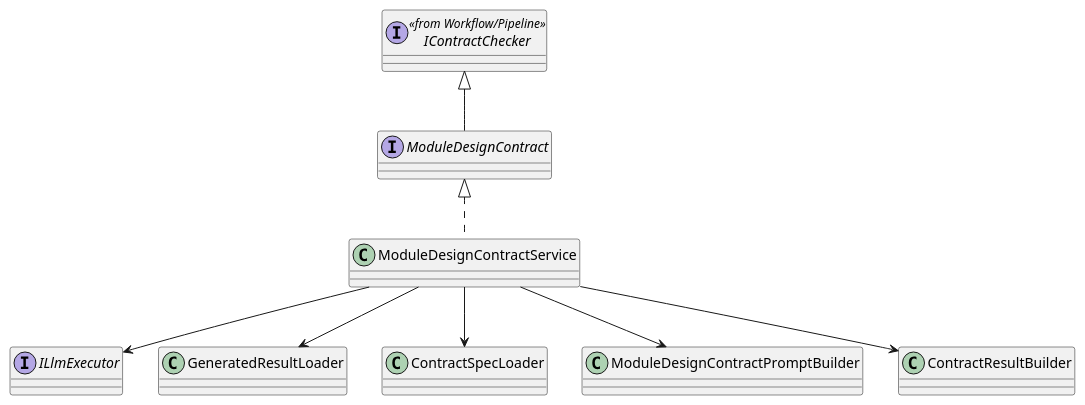
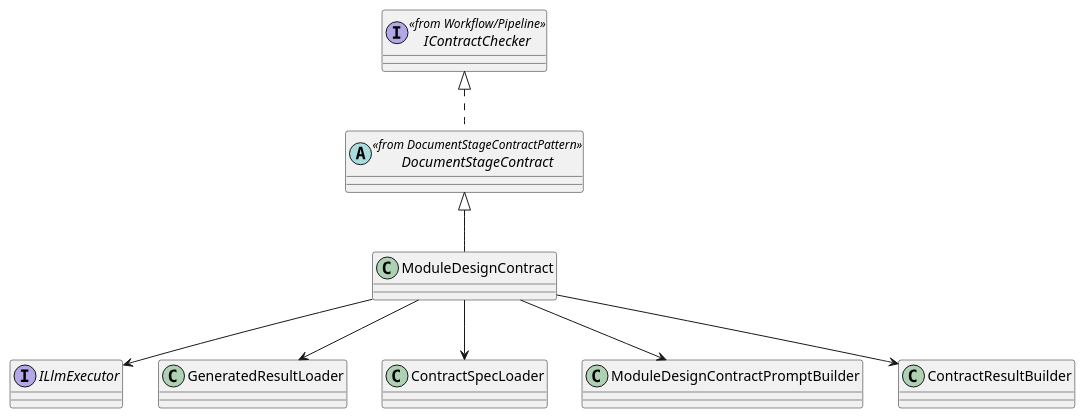
One commit to lucky-chen/ai_workflow_travel changed the first of 2 diagrams in meta_layer/docs/design_docs/Contract/ModuleDesignContract.md. Above: the diagram before and after it, drawn with PlantUML. The commit also changed other lines of this file and 12 other files, not shown here.

First line of the commit message:
[AI] gpt-5.4: align stage pipeline document io flow

````diff
--- a/meta_layer/docs/design_docs/Contract/ModuleDesignContract.md
+++ b/meta_layer/docs/design_docs/Contract/ModuleDesignContract.md
@@ -43,21 +43,21 @@
 ```plantuml
 @startuml
 interface IContractChecker <<from Workflow/Pipeline>>
-interface ModuleDesignContract
 interface ILlmExecutor
+abstract class DocumentStageContract <<from DocumentStageContractPattern>>
 
-class ModuleDesignContractService
+class ModuleDesignContract
 class GeneratedResultLoader
 class ContractSpecLoader
 class ModuleDesignContractPromptBuilder
 class ContractResultBuilder
 
-IContractChecker <|-- ModuleDesignContract
-ModuleDesignContract <|.. ModuleDesignContractService
-ModuleDesignContractService --> GeneratedResultLoader
-ModuleDesignContractService --> ContractSpecLoader
-ModuleDesignContractService --> ModuleDesignContractPromptBuilder
-ModuleDesignContractService --> ILlmExecutor
-ModuleDesignContractService --> ContractResultBuilder
+IContractChecker <|.. DocumentStageContract
+DocumentStageContract <|-- ModuleDesignContract
+ModuleDesignContract --> GeneratedResultLoader
+ModuleDesignContract --> ContractSpecLoader
+ModuleDesignContract --> ModuleDesignContractPromptBuilder
+ModuleDesignContract --> ILlmExecutor
+ModuleDesignContract --> ContractResultBuilder
 @enduml
 ```
````
